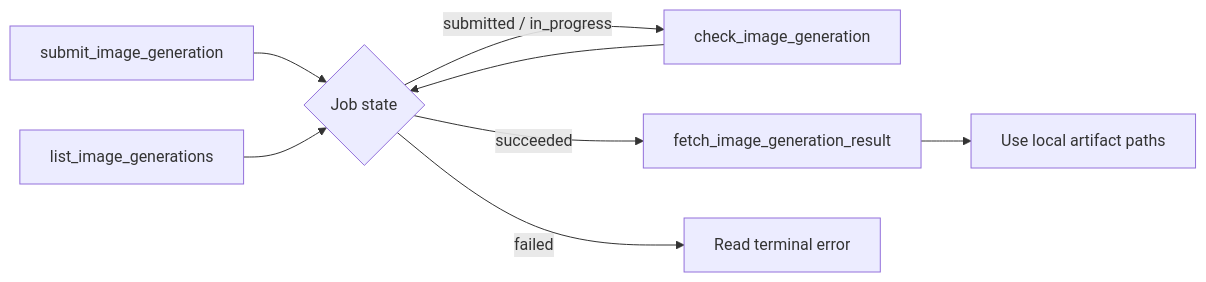
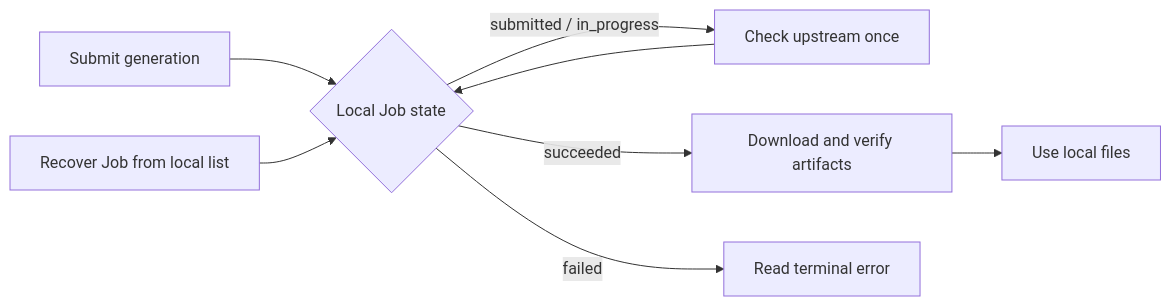
One commit to NeutrinoY/modelscope-image-gen changed the diagram in README.md. Above: the diagram before and after it, drawn with Mermaid. The commit also changed other lines of this file and 7 other files, not shown here.

````diff
--- a/README.md
+++ b/README.md
@@ -116,10 +90,10 @@
 ```mermaid
 flowchart LR
-    A[submit_image_generation] --> B{Job state}
-    B -->|submitted / in_progress| C[check_image_generation]
+    A[Submit generation] --> B{Local Job state}
+    B -->|submitted / in_progress| C[Check upstream once]
     C --> B
-    B -->|succeeded| D[fetch_image_generation_result]
+    B -->|succeeded| D[Download and verify artifacts]
     B -->|failed| E[Read terminal error]
-    D --> F[Use local artifact paths]
-    G[list_image_generations] --> B
+    D --> F[Use local files]
+    G[Recover Job from local list] --> B
 ```
````
